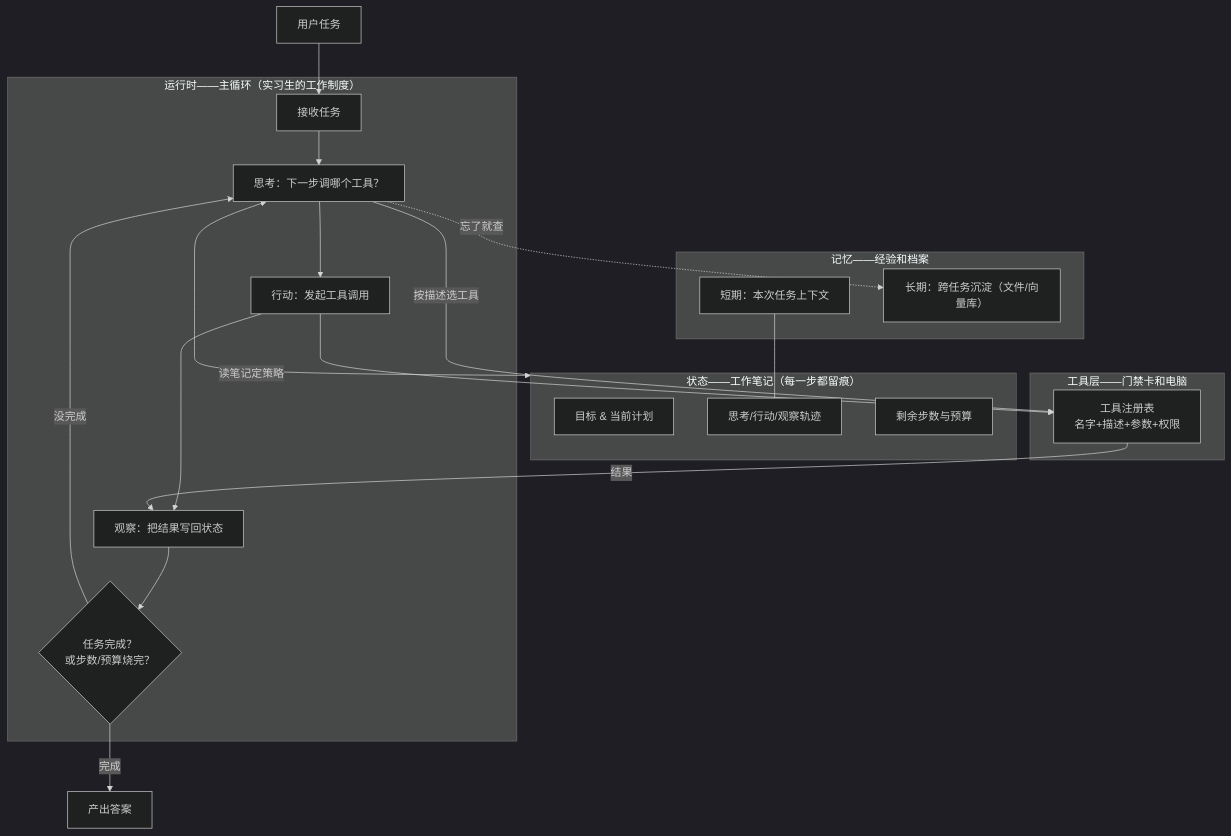
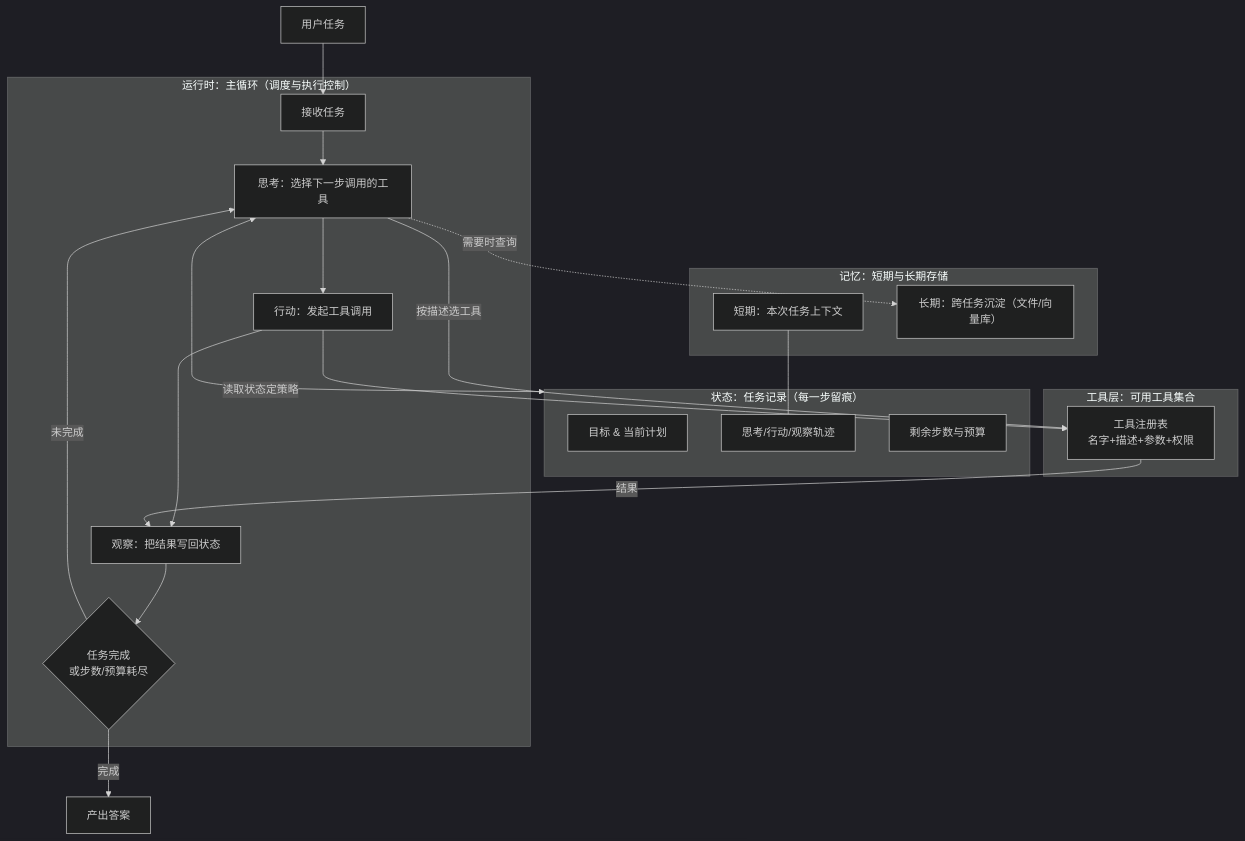
The diagram in 13.AI系统架构设计/第03课_Agent系统架构/第03课.md (xxxAndlk/AI_Agent_Learning_path), drawn with Mermaid (dark theme) before and after one commit. The commit also changed other lines of this file and 13 other files, not shown here.

````diff
--- a/13.AI系统架构设计/第03课_Agent系统架构/第03课.md
+++ b/13.AI系统架构设计/第03课_Agent系统架构/第03课.md
@@ -13,30 +13,30 @@
 ```mermaid
 flowchart TD
     USER["用户任务"] --> RT
-    subgraph RUNTIME["运行时——主循环（实习生的工作制度）"]
-        RT["接收任务"] --> THINK["思考：下一步调哪个工具？"]
+    subgraph RUNTIME["运行时：主循环（调度与执行控制）"]
+        RT["接收任务"] --> THINK["思考：选择下一步调用的工具"]
         THINK --> ACT["行动：发起工具调用"]
         ACT --> OBS["观察：把结果写回状态"]
-        OBS --> CHECK{"任务完成？<br/>或步数/预算烧完？"}
-        CHECK -->|"没完成"| THINK
+        OBS --> CHECK{"任务完成<br/>或步数/预算耗尽"}
+        CHECK -->|"未完成"| THINK
     end
     CHECK -->|"完成"| OUT["产出答案"]
-    subgraph STATE["状态——工作笔记（每一步都留痕）"]
+    subgraph STATE["状态：任务记录（每一步留痕）"]
         GOAL["目标 & 当前计划"]
         TRACE["思考/行动/观察轨迹"]
         BUDGET["剩余步数与预算"]
     end
-    subgraph TOOLS["工具层——门禁卡和电脑"]
+    subgraph TOOLS["工具层：可用工具集合"]
         REG["工具注册表<br/>名字+描述+参数+权限"]
     end
-    subgraph MEM["记忆——经验和档案"]
+    subgraph MEM["记忆：短期与长期存储"]
         STM["短期：本次任务上下文"]
         LTM["长期：跨任务沉淀（文件/向量库）"]
     end
-    THINK <-->|"读笔记定策略"| STATE
+    THINK <-->|"读取状态定策略"| STATE
     THINK -->|"按描述选工具"| REG
     ACT --> REG
     REG -->|"结果"| OBS
-    THINK -.->|"忘了就查"| LTM
+    THINK -.->|"需要时查询"| LTM
     STM --- TRACE
 ```
````
